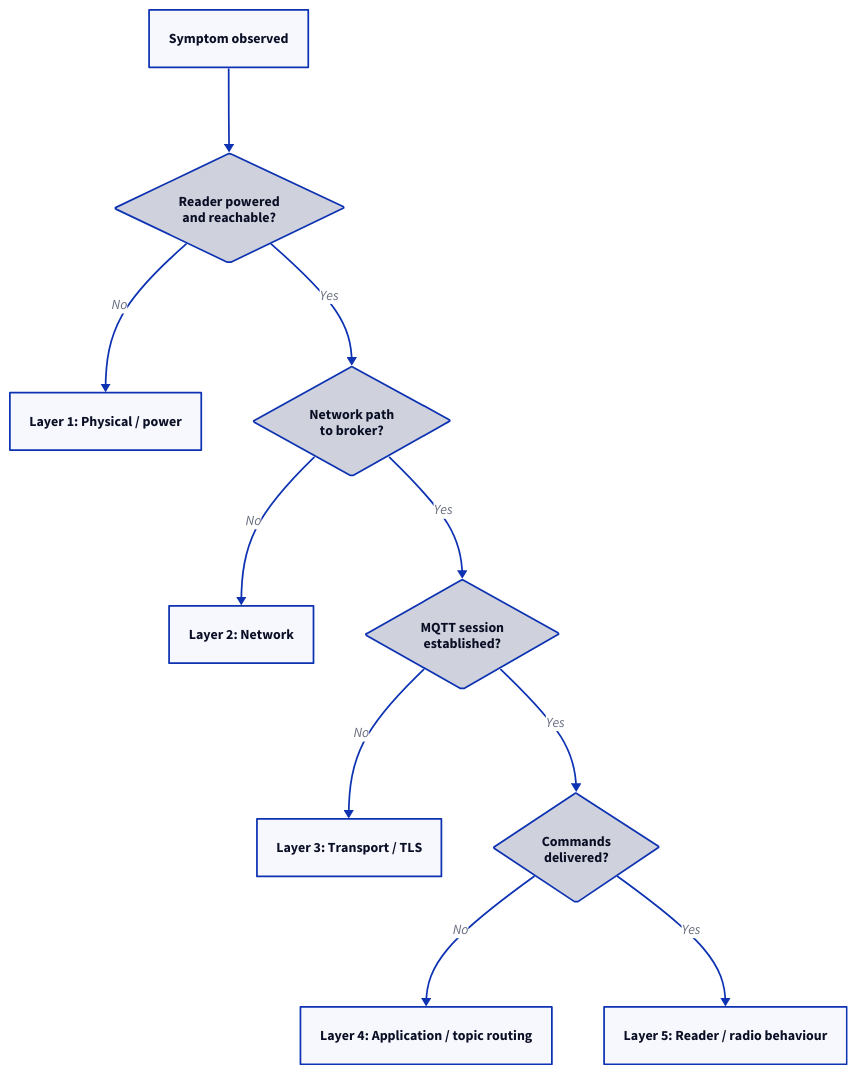
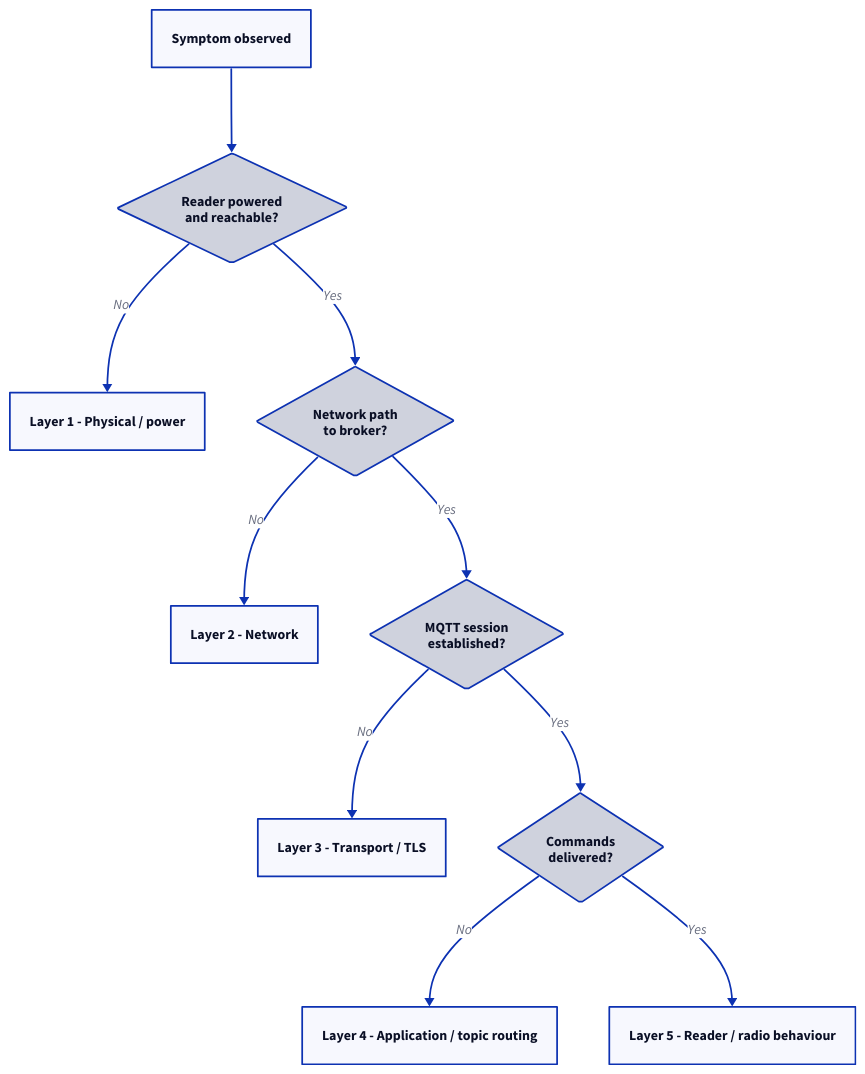
The diagram in docs/reference/troubleshooting/approach.md (admiral-ai/zebra-handheld-rfid-iotc), drawn with D2 before and after one commit. The commit also changed 40 other files, not shown here.

First line of the commit message:
Redesign all 54 D2 diagrams to a unified visual system

````diff
--- a/docs/reference/troubleshooting/approach.md
+++ b/docs/reference/troubleshooting/approach.md
@@ -44,21 +44,22 @@
 ```d2
 S: Symptom observed
 L1: "Reader powered\nand reachable?" { shape: diamond }
-Phy: "Layer 1: Physical / power"
+Phy: "Layer 1 - Physical / power"
 L2: "Network path\nto broker?" { shape: diamond }
-Net: "Layer 2: Network"
+Net: "Layer 2 - Network"
 L3: "MQTT session\nestablished?" { shape: diamond }
-Tra: "Layer 3: Transport / TLS"
+Tra: "Layer 3 - Transport / TLS"
 L4: "Commands\ndelivered?" { shape: diamond }
-App: "Layer 4: Application / topic routing"
-L5: "Layer 5: Reader / radio behaviour"
+App: "Layer 4 - Application / topic routing"
+L5: "Layer 5 - Reader / radio behaviour"
 S -> L1
 L1 -> Phy: No
 L1 -> L2: Yes
 L2 -> Net: No
 L2 -> L3: Yes
 L3 -> Tra: No
 L3 -> L4: Yes
 L4 -> App: No
 L4 -> L5: Yes
+
 ```
````
